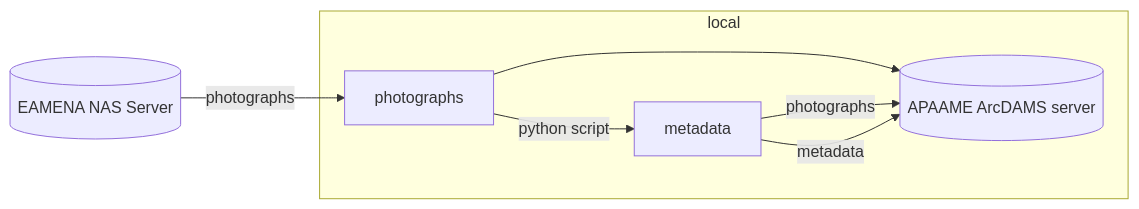
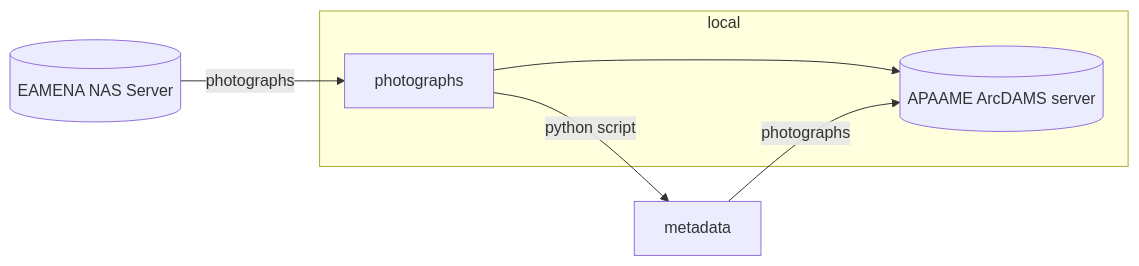
Before and after one commit to eamena-project/eamena-arches-dev: the diagram in projects/apaame-photos/README.md, drawn with Mermaid.

Commit message:
exif+xmp

````diff
--- a/projects/apaame-photos/README.md
+++ b/projects/apaame-photos/README.md
@@ -7,10 +7,9 @@
 ```mermaid
 flowchart LR
     A[(EAMENA NAS Server)] --photographs--> B[photographs];
     subgraph local
-    B --python script--> C[metadata];
     B --> D[(APAAME ArcDAMS server)];
     end
+    B --python script--> C[metadata];
     C --photographs--> D[(APAAME ArcDAMS server)]; 
-    C --metadata--> D[(APAAME ArcDAMS server)]; 
 ```
````
